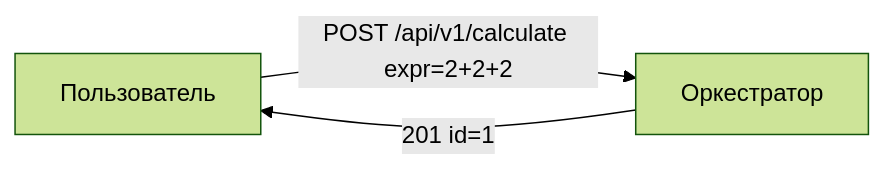
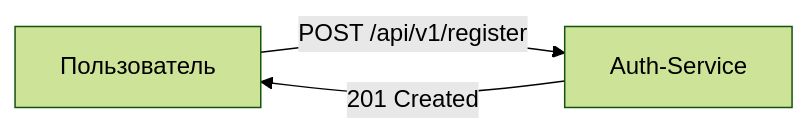
The third of 10 diagrams in Readme.md (golkity/Calc_2.0), drawn with Mermaid (forest theme) before and after one commit. The commit also changed other lines of this file, not shown here.

````diff
--- a/Readme.md
+++ b/Readme.md
@@ -162,5 +191,5 @@
 ```mermaid
 flowchart LR
-    A[Пользователь] -->|POST /api/v1/calculate expr=2+2+2 | O[Оркестратор]
-    O -->|201 id=1| A
+    U[Пользователь] -->|"POST /api/v1/register"| A[Auth-Service]
+    A -->|"201 Created"| U
 ```
````
